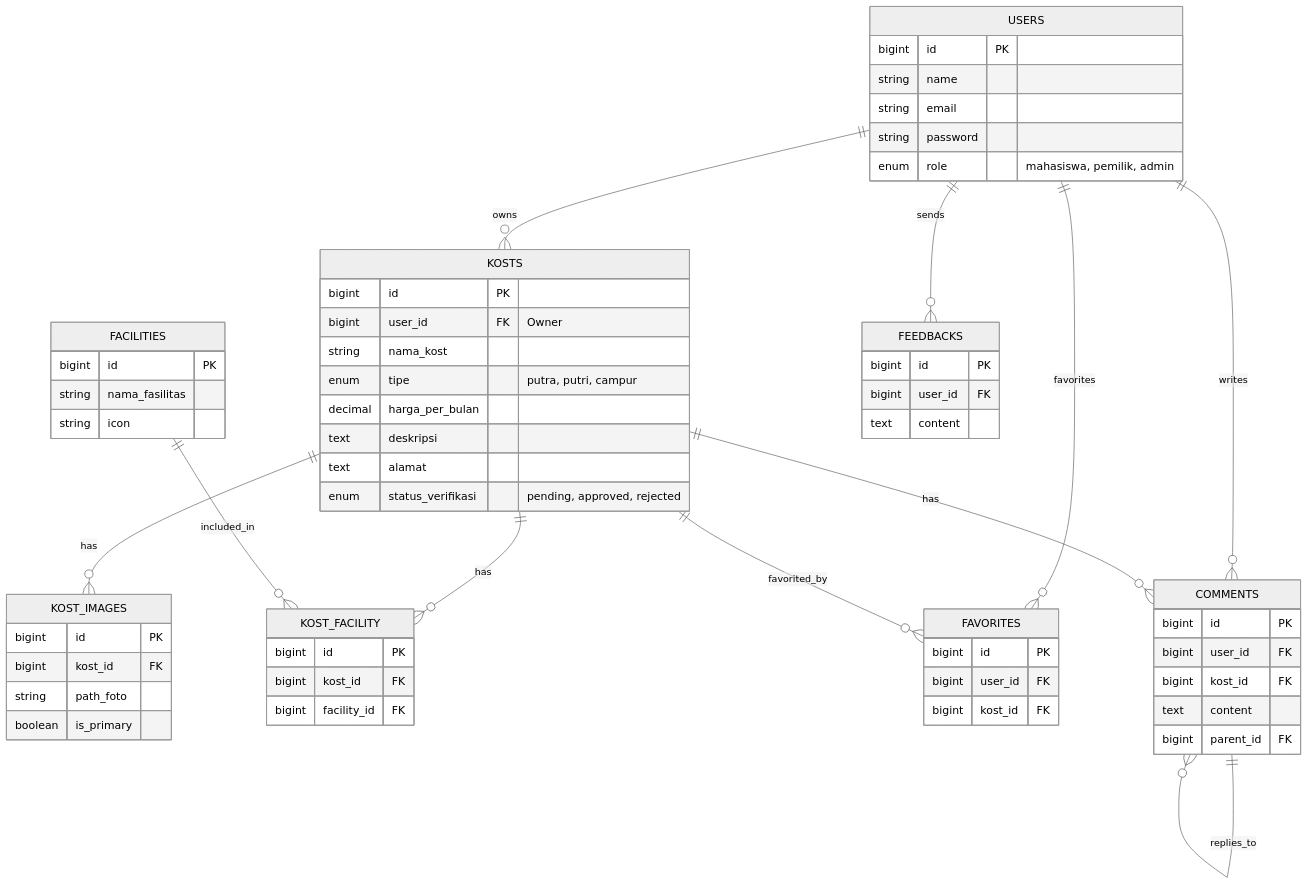
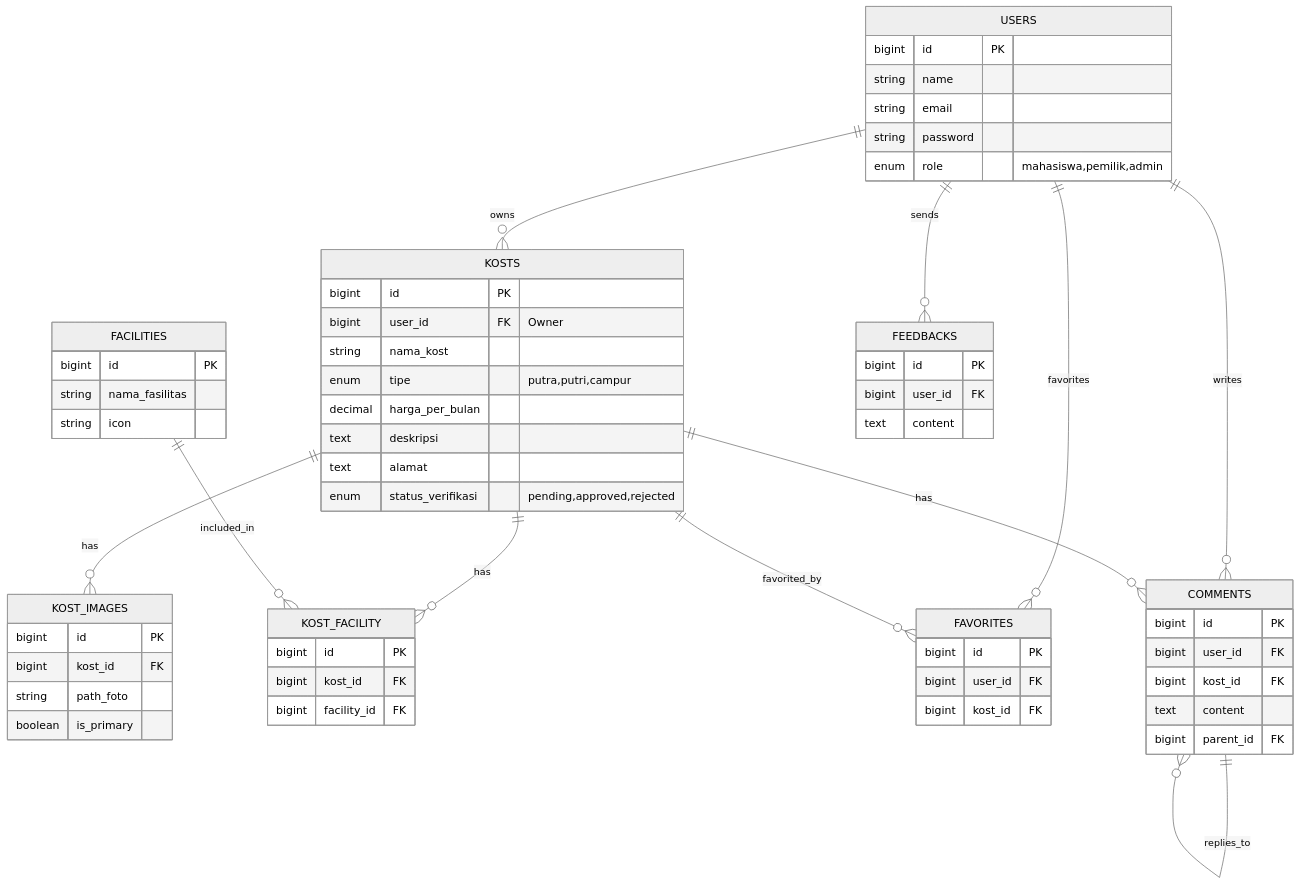
One commit to iqsanazhr/E-KOST changed the second of 6 diagrams in system_architecture.md. Above: the diagram before and after it, drawn with Mermaid (neutral theme). The commit also changed other lines of this file and 7 other files, not shown here.

Commit message:
Fix syntax errors in system architecture diagrams

````diff
--- a/system_architecture.md
+++ b/system_architecture.md
@@ -77,71 +77,71 @@
 ```mermaid
 erDiagram
     USERS {
         bigint id PK
         string name
         string email
         string password
-        enum role "mahasiswa, pemilik, admin"
+        enum role "mahasiswa,pemilik,admin"
     }
 
     KOSTS {
         bigint id PK
         bigint user_id FK "Owner"
         string nama_kost
-        enum tipe "putra, putri, campur"
+        enum tipe "putra,putri,campur"
         decimal harga_per_bulan
         text deskripsi
         text alamat
-        enum status_verifikasi "pending, approved, rejected"
+        enum status_verifikasi "pending,approved,rejected"
     }
 
     KOST_IMAGES {
         bigint id PK
         bigint kost_id FK
         string path_foto
         boolean is_primary
     }
 
     FACILITIES {
         bigint id PK
         string nama_fasilitas
         string icon
     }
 
     KOST_FACILITY {
         bigint id PK
         bigint kost_id FK
         bigint facility_id FK
     }
 
     FAVORITES {
         bigint id PK
         bigint user_id FK
         bigint kost_id FK
     }
 
     COMMENTS {
         bigint id PK
         bigint user_id FK
         bigint kost_id FK
         text content
         bigint parent_id FK
     }
 
     FEEDBACKS {
         bigint id PK
         bigint user_id FK
         text content
     }
 
     USERS ||--o{ KOSTS : "owns"
     USERS ||--o{ FAVORITES : "favorites"
     USERS ||--o{ COMMENTS : "writes"
     USERS ||--o{ FEEDBACKS : "sends"
     KOSTS ||--o{ KOST_IMAGES : "has"
     KOSTS ||--o{ FAVORITES : "favorited_by"
     KOSTS ||--o{ COMMENTS : "has"
     KOSTS ||--o{ KOST_FACILITY : "has"
     FACILITIES ||--o{ KOST_FACILITY : "included_in"
     COMMENTS ||--o{ COMMENTS : "replies_to"
 ```
````
